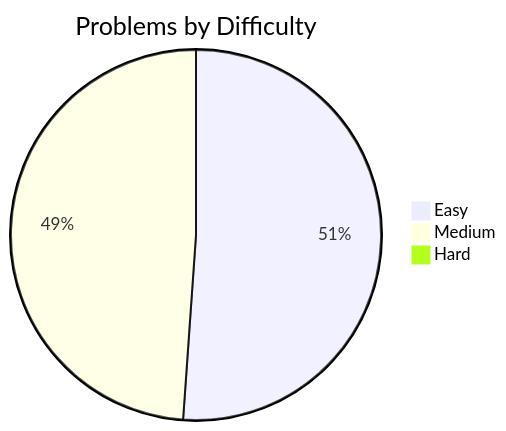
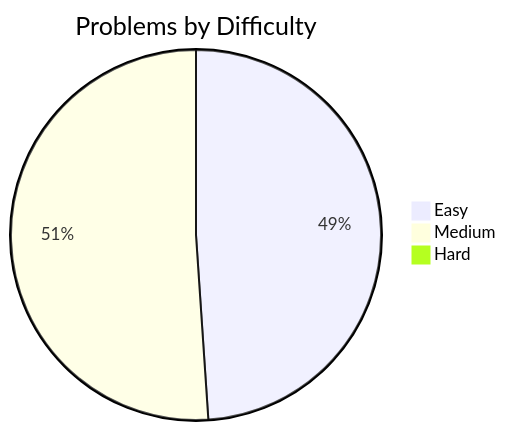
One commit to Jasjeet-Singh-S/100-days-DSA changed the first of 2 diagrams in readme.md. Above: the diagram before and after it, drawn with Mermaid. The commit also changed other lines of this file and 3 other files, not shown here.

````diff
--- a/readme.md
+++ b/readme.md
@@ -19,6 +19,6 @@
 ```mermaid
 pie title Problems by Difficulty
     "Easy" : 23
-    "Medium" : 22
+    "Medium" : 24
     "Hard" : 0
 ```
````
